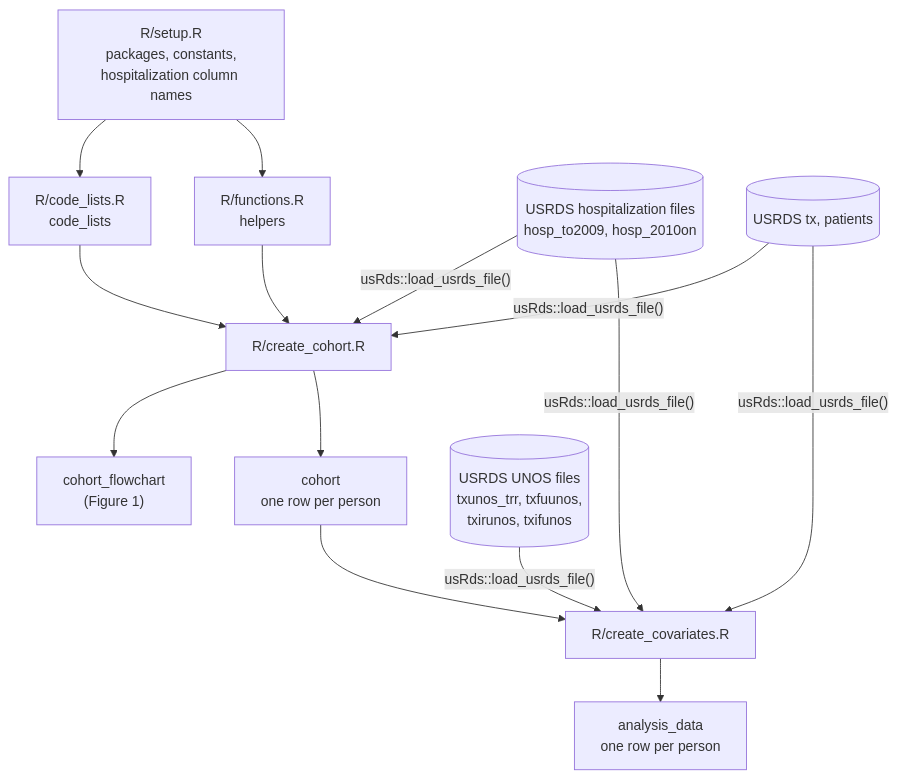
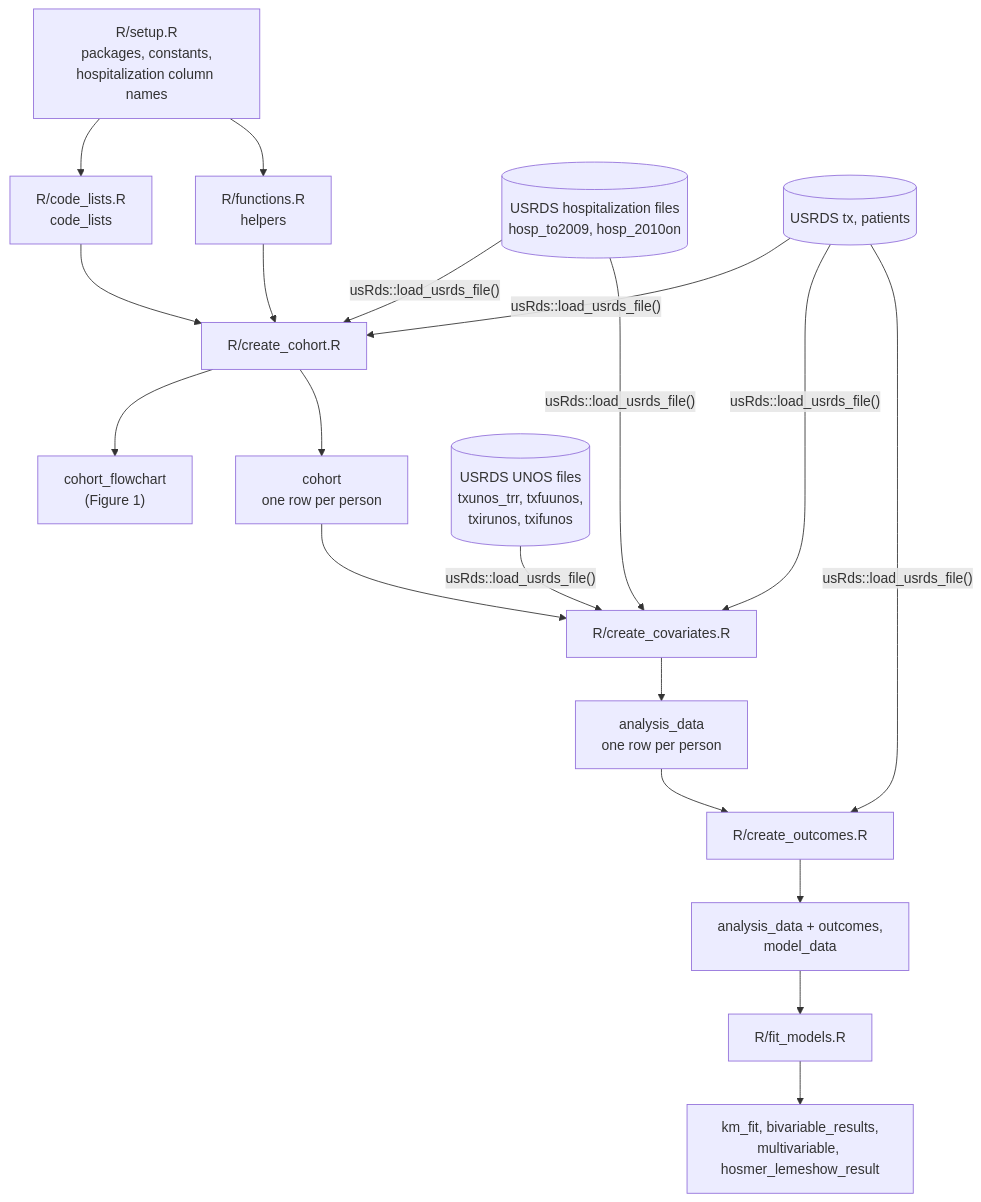
Before and after one commit to VagishHemmige/Fiorica-cryptoccoccus-analysis: the diagram in ARCHITECTURE.md, drawn with Mermaid. The commit also changed other lines of this file and 15 other files, not shown here.

First line of the commit message:
Add the outcomes and models scripts, helpers, tests and pages

````diff
--- a/ARCHITECTURE.md
+++ b/ARCHITECTURE.md
@@ -7,16 +7,21 @@
 ```mermaid
 flowchart TD
   setup["R/setup.R<br/>packages, constants,<br/>hospitalization column names"] --> codes["R/code_lists.R<br/>code_lists"]
   setup --> functions["R/functions.R<br/>helpers"]
   hosp[("USRDS hospitalization files<br/>hosp_to2009, hosp_2010on")] -->|"usRds::load_usrds_file()"| cohort["R/create_cohort.R"]
   tx[("USRDS tx, patients")] -->|"usRds::load_usrds_file()"| cohort
   codes --> cohort
   functions --> cohort
   cohort --> flow["cohort_flowchart<br/>(Figure 1)"]
   cohort --> out["cohort<br/>one row per person"]
   out --> covariates["R/create_covariates.R"]
   hosp -->|"usRds::load_usrds_file()"| covariates
   tx -->|"usRds::load_usrds_file()"| covariates
   unos[("USRDS UNOS files<br/>txunos_trr, txfuunos,<br/>txirunos, txifunos")] -->|"usRds::load_usrds_file()"| covariates
   covariates --> analysis["analysis_data<br/>one row per person"]
+  analysis --> outcomes["R/create_outcomes.R"]
+  tx -->|"usRds::load_usrds_file()"| outcomes
+  outcomes --> modeldata["analysis_data + outcomes,<br/>model_data"]
+  modeldata --> models["R/fit_models.R"]
+  models --> fits["km_fit, bivariable_results,<br/>multivariable, hosmer_lemeshow_result"]
 ```
````
